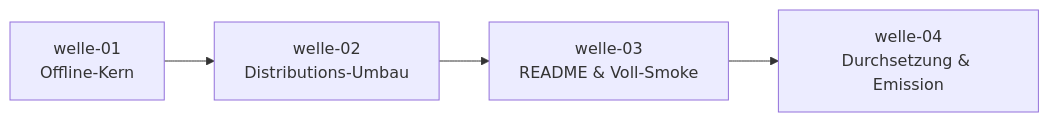
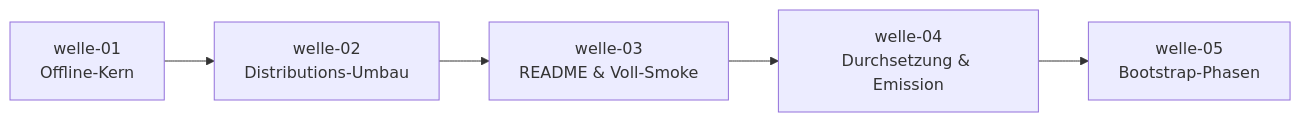
Before and after one commit to pt9912/ai-harness-init: the diagram in docs/plan/planning/in-progress/roadmap.md, drawn with Mermaid. The commit also changed other lines of this file and 2 other files, not shown here.

First line of the commit message:
plan: welle-05 Bootstrap-Phasen + slice-034 geschnitten (ADR-0007)

````diff
--- a/docs/plan/planning/in-progress/roadmap.md
+++ b/docs/plan/planning/in-progress/roadmap.md
@@ -78,8 +83,9 @@
 ```mermaid
 flowchart LR
     W1[welle-01<br/>Offline-Kern]
     W2[welle-02<br/>Distributions-Umbau]
     W3[welle-03<br/>README & Voll-Smoke]
     W4[welle-04<br/>Durchsetzung & Emission]
-    W1 --> W2 --> W3 --> W4
+    W5[welle-05<br/>Bootstrap-Phasen]
+    W1 --> W2 --> W3 --> W4 --> W5
 ```
````
